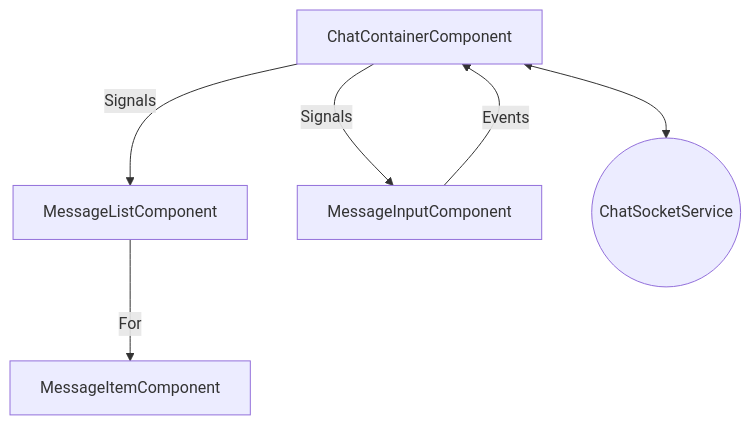
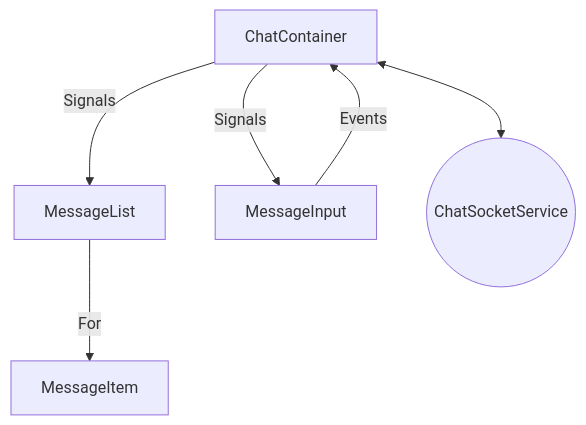
The first of 3 diagrams in docs/chat-architecture.md (sw-tt-akshayparmar/optimus), drawn with Mermaid before and after one commit. The commit also changed 24 other files, not shown here.

````diff
--- a/docs/chat-architecture.md
+++ b/docs/chat-architecture.md
@@ -42,8 +42,8 @@
 ```mermaid
 graph TD
-    ChatContainer[ChatContainerComponent] -->|Signals| MessageList[MessageListComponent]
-    ChatContainer -->|Signals| MessageInput[MessageInputComponent]
-    MessageList -->|For| MessageItem[MessageItemComponent]
+    ChatContainer[ChatContainer] -->|Signals| MessageList[MessageList]
+    ChatContainer -->|Signals| MessageInput[MessageInput]
+    MessageList -->|For| MessageItem[MessageItem]
     MessageInput -->|Events| ChatContainer
     ChatContainer <--> ChatSocketService((ChatSocketService))
 ```
````
